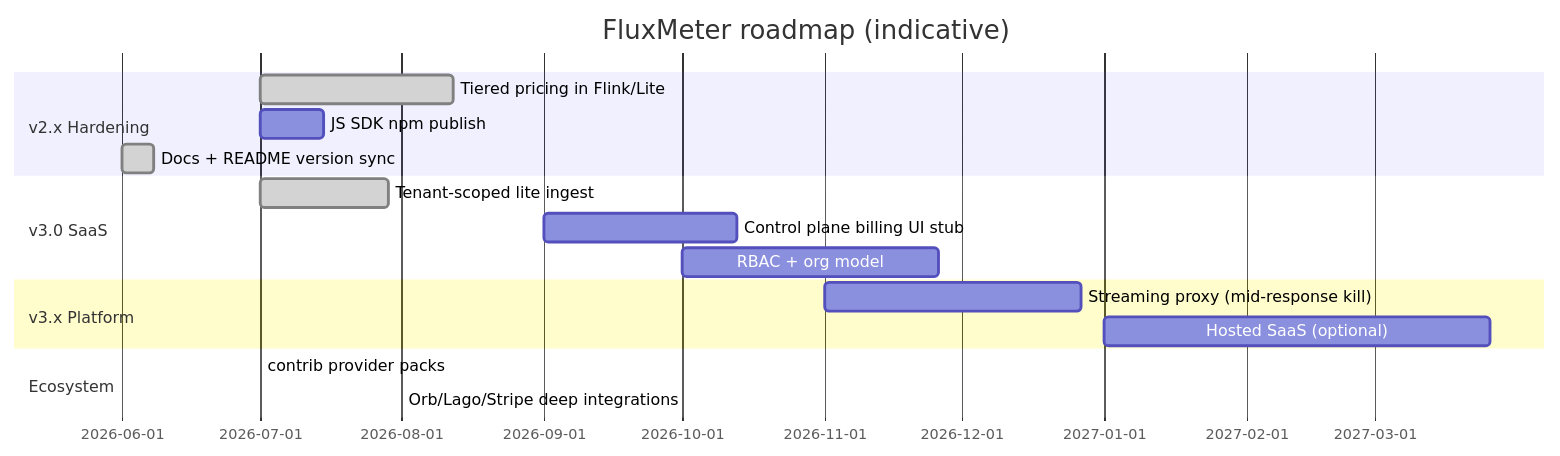
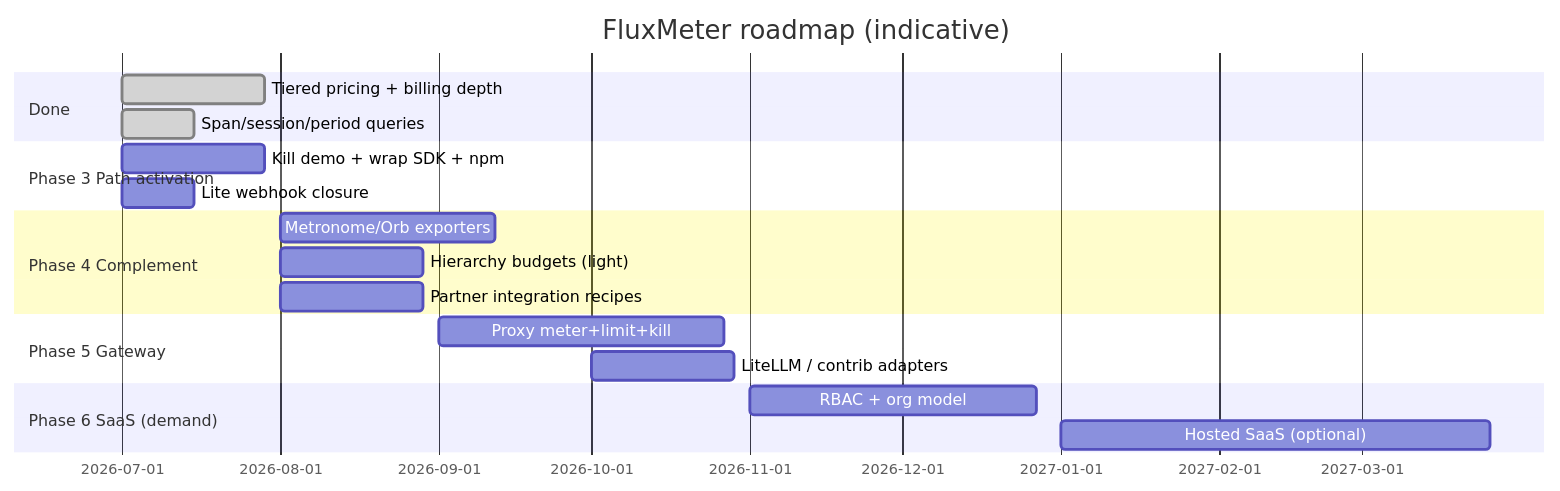
The diagram in ROADMAP.md (10kshuaizhang/fluxmeter), drawn with Mermaid before and after one commit. The commit also changed other lines of this file and 27 other files, not shown here.

First line of the commit message:
Release v2.7.0: path activation and Python SDK 1.4.0.

````diff
--- a/ROADMAP.md
+++ b/ROADMAP.md
@@ -43,19 +115,21 @@
 ```mermaid
 gantt
     title FluxMeter roadmap (indicative)
     dateFormat YYYY-MM
-    section v2.x Hardening
-    Tiered pricing in Flink/Lite     :done, 2026-07, 6w
-    JS SDK npm publish               :2026-07, 2w
-    Docs + README version sync       :done, 2026-06, 1w
-    section v3.0 SaaS
-    Tenant-scoped lite ingest        :done, 2026-07, 4w
-    Control plane billing UI stub    :2026-09, 6w
-    RBAC + org model                 :2026-10, 8w
-    section v3.x Platform
-    Streaming proxy (mid-response kill) :2026-11, 8w
+    section Done
+    Tiered pricing + billing depth   :done, 2026-07, 4w
+    Span/session/period queries      :done, 2026-07, 2w
+    section Phase 3 Path activation
+    Kill demo + wrap SDK + npm       :2026-07, 4w
+    Lite webhook closure             :2026-07, 2w
+    section Phase 4 Complement
+    Metronome/Orb exporters          :2026-08, 6w
+    Hierarchy budgets (light)        :2026-08, 4w
+    Partner integration recipes      :2026-08, 4w
+    section Phase 5 Gateway
+    Proxy meter+limit+kill           :2026-09, 8w
+    LiteLLM / contrib adapters       :2026-10, 4w
+    section Phase 6 SaaS (demand)
+    RBAC + org model                 :2026-11, 8w
     Hosted SaaS (optional)           :2027-01, 12w
-    section Ecosystem
-    contrib provider packs           :2026-07, ongoing
-    Orb/Lago/Stripe deep integrations :2026-08, ongoing
 ```
````
